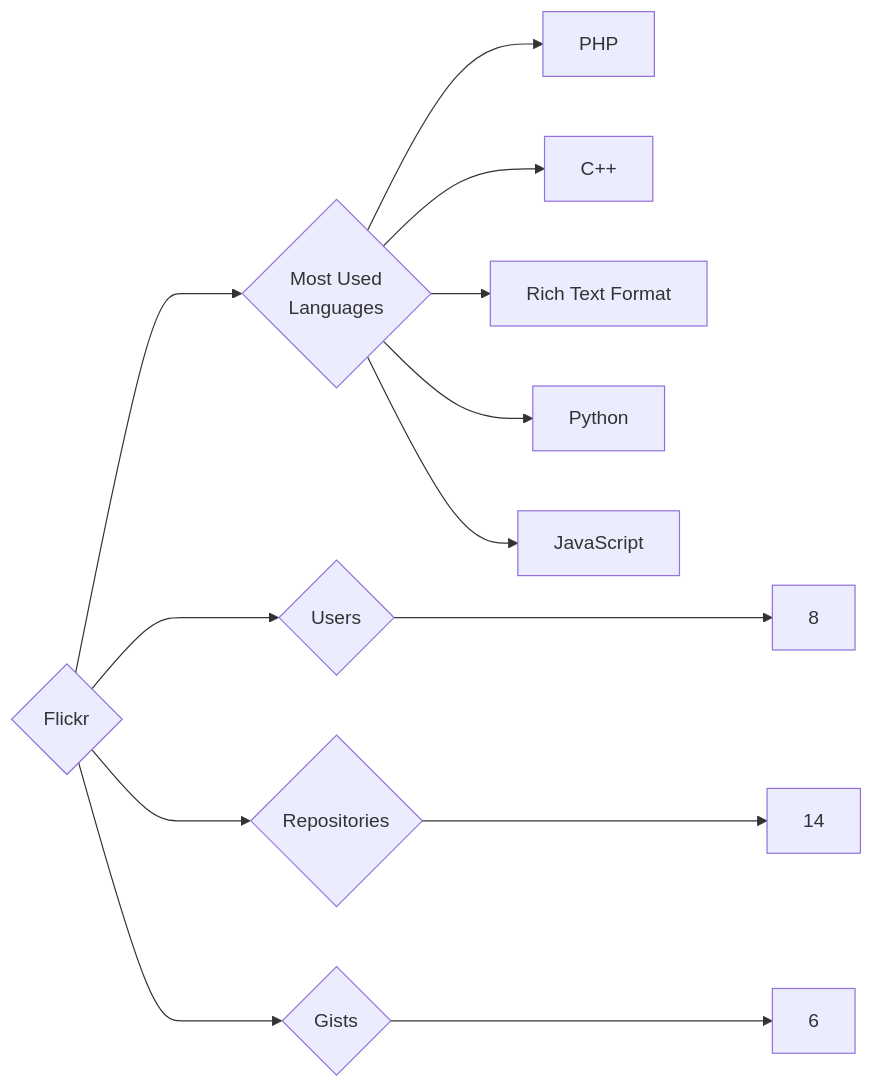
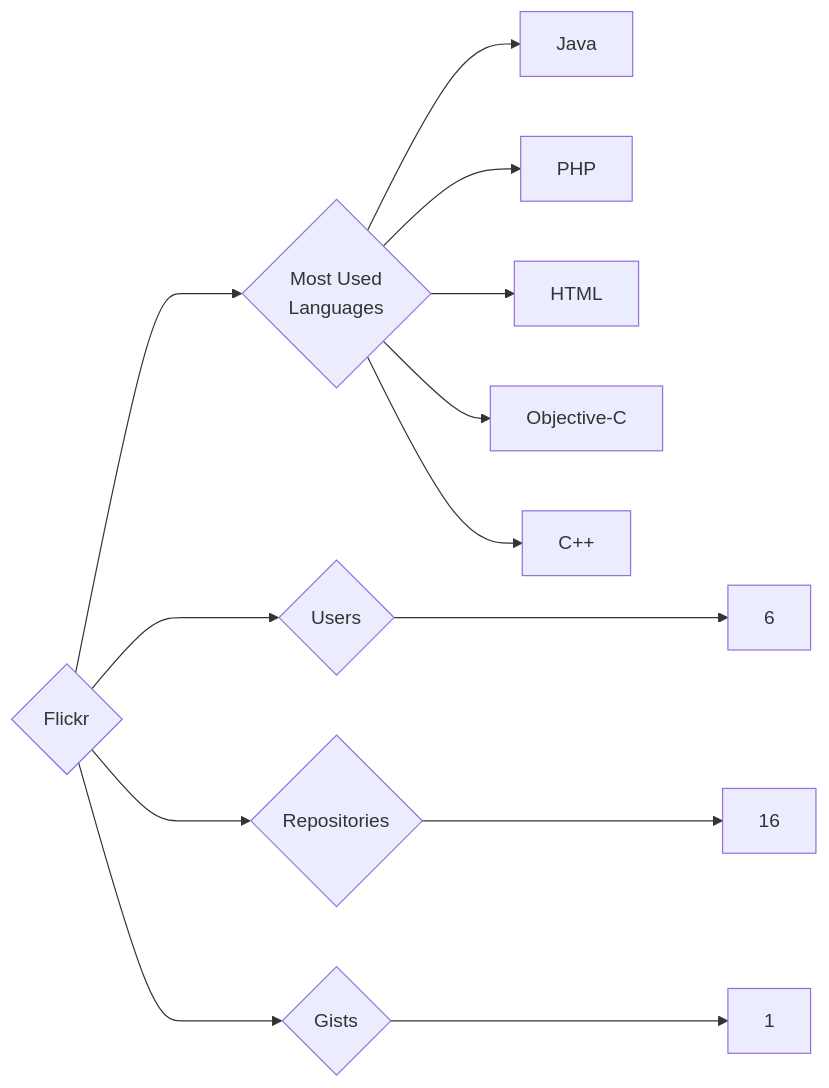
The diagram in targets/Flickr/README.md (trickest/insiders), drawn with Mermaid before and after one commit. The commit also changed 1148 other files, not shown here.

````diff
--- a/targets/Flickr/README.md
+++ b/targets/Flickr/README.md
@@ -3,13 +3,13 @@
 ```mermaid
 graph LR
 COMPANY_NAME{Flickr}
-COMPANY_NAME ---> U{Users} ---> UN[8]
-COMPANY_NAME ---> R{Repositories} ---> RN[14]
-COMPANY_NAME ---> G{Gists} ---> GN[6]
+COMPANY_NAME ---> U{Users} ---> UN[6]
+COMPANY_NAME ---> R{Repositories} ---> RN[16]
+COMPANY_NAME ---> G{Gists} ---> GN[1]
 COMPANY_NAME ---> ML{Most Used<br>Languages}
+ML --> Java[Java]
 ML --> PHP[PHP]
+ML --> HTML[HTML]
+ML --> Objective-C[Objective-C]
 ML --> C++[C++]
-ML --> Rich_Text_Format[Rich Text Format]
-ML --> Python[Python]
-ML --> JavaScript[JavaScript]
 ```
````
